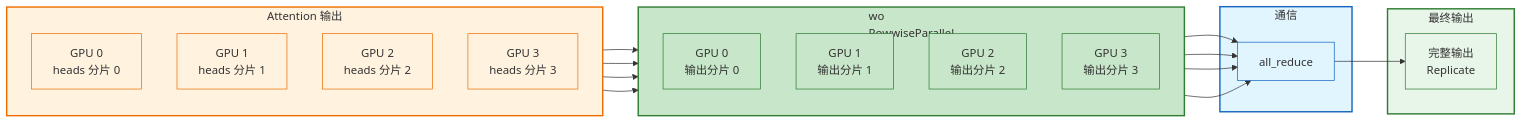
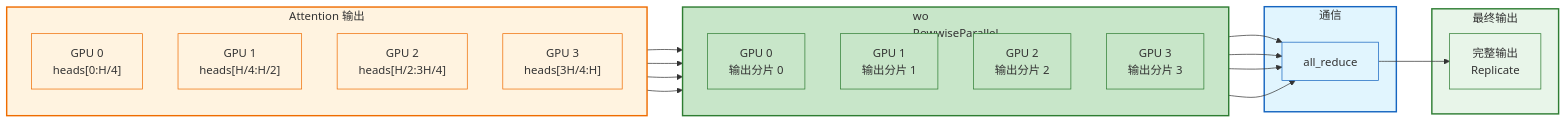
Before and after one commit to jianzhnie/ScaleTorch: the sixth of 18 diagrams in docs/fsdp2_tp_tutorial.md, drawn with Mermaid. The commit also changed other lines of this file, not shown here.

````diff
--- a/docs/fsdp2_tp_tutorial.md
+++ b/docs/fsdp2_tp_tutorial.md
@@ -389,48 +430,48 @@
 ```mermaid
 flowchart LR
     subgraph Heads["Attention 输出"]
         direction TB
-        H0["GPU 0\nheads 分片 0"]
-        H1["GPU 1\nheads 分片 1"]
-        H2["GPU 2\nheads 分片 2"]
-        H3["GPU 3\nheads 分片 3"]
+        H0["GPU 0\nheads[0:H/4]"]
+        H1["GPU 1\nheads[H/4:H/2]"]
+        H2["GPU 2\nheads[H/2:3H/4]"]
+        H3["GPU 3\nheads[3H/4:H]"]
     end
 
     subgraph WO["wo\nRowwiseParallel"]
         direction TB
         O0["GPU 0\n输出分片 0"]
         O1["GPU 1\n输出分片 1"]
         O2["GPU 2\n输出分片 2"]
         O3["GPU 3\n输出分片 3"]
     end
 
     subgraph Comm["通信"]
         AR["all_reduce"]
     end
 
     subgraph Out["最终输出"]
         Y["完整输出\nReplicate"]
     end
 
     H0 --> O0
     H1 --> O1
     H2 --> O2
     H3 --> O3
     O0 & O1 & O2 & O3 --> AR
     AR --> Y
 
     style Heads fill:#fff3e0,stroke:#ef6c00,stroke-width:2px
     style WO fill:#c8e6c9,stroke:#2e7d32,stroke-width:2px
     style Comm fill:#e1f5fe,stroke:#1565c0,stroke-width:2px
     style Out fill:#e8f5e9,stroke:#2e7d32,stroke-width:2px
     style H0 fill:#fff3e0,stroke:#ef6c00
     style H1 fill:#fff3e0,stroke:#ef6c00
     style H2 fill:#fff3e0,stroke:#ef6c00
     style H3 fill:#fff3e0,stroke:#ef6c00
     style O0 fill:#c8e6c9,stroke:#2e7d32
     style O1 fill:#c8e6c9,stroke:#2e7d32
     style O2 fill:#c8e6c9,stroke:#2e7d32
     style O3 fill:#c8e6c9,stroke:#2e7d32
     style AR fill:#e1f5fe,stroke:#1565c0
     style Y fill:#e8f5e9,stroke:#2e7d32
 ```
````
